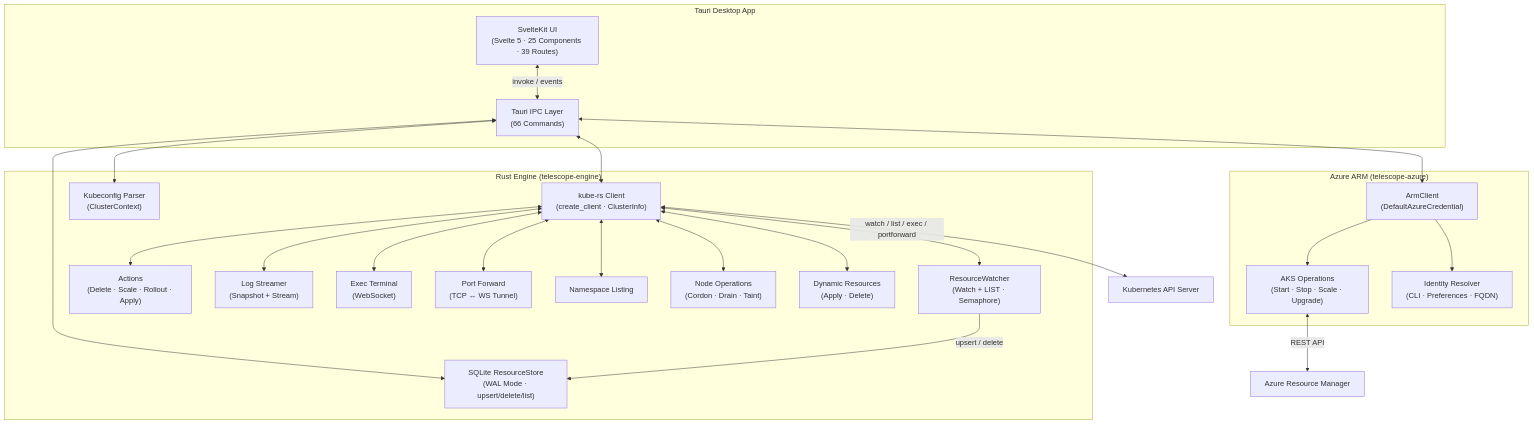
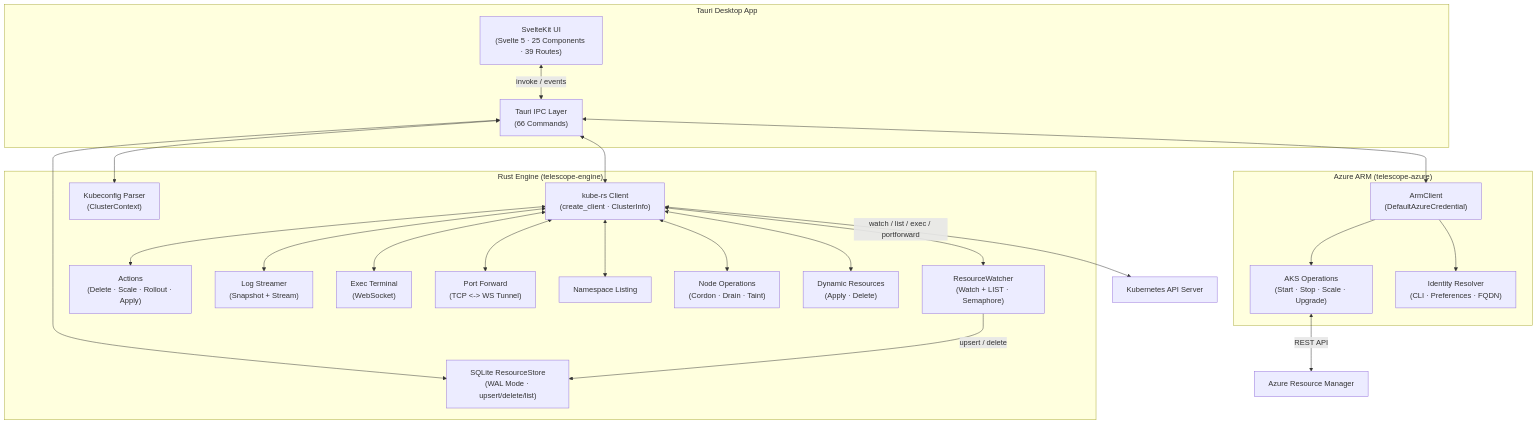
Before and after one commit to adamdost-0/Telescope: the first of 5 diagrams in docs/ARCHITECTURE.md, drawn with Mermaid. The commit also changed other lines of this file and 111 other files, not shown here.

First line of the commit message:
feat: update PRD and ROADMAP with milestone statuses and future plans

````diff
--- a/docs/ARCHITECTURE.md
+++ b/docs/ARCHITECTURE.md
@@ -24,46 +24,46 @@
 ```mermaid
 graph TB
     subgraph Desktop["Tauri Desktop App"]
         UI["SvelteKit UI<br/>(Svelte 5 · 25 Components · 39 Routes)"]
         IPC["Tauri IPC Layer<br/>(66 Commands)"]
     end
     subgraph Engine["Rust Engine (telescope-engine)"]
         Client["kube-rs Client<br/>(create_client · ClusterInfo)"]
         Watcher["ResourceWatcher<br/>(Watch + LIST · Semaphore)"]
         Store["SQLite ResourceStore<br/>(WAL Mode · upsert/delete/list)"]
         Actions["Actions<br/>(Delete · Scale · Rollout · Apply)"]
         Logs["Log Streamer<br/>(Snapshot + Stream)"]
         Exec["Exec Terminal<br/>(WebSocket)"]
-        PF["Port Forward<br/>(TCP ↔ WS Tunnel)"]
+        PF["Port Forward<br/>(TCP <-> WS Tunnel)"]
         NS["Namespace Listing"]
         KC["Kubeconfig Parser<br/>(ClusterContext)"]
         NodeOps["Node Operations<br/>(Cordon · Drain · Taint)"]
         Dynamic["Dynamic Resources<br/>(Apply · Delete)"]
     end
     subgraph Azure["Azure ARM (telescope-azure)"]
         ArmClient["ArmClient<br/>(DefaultAzureCredential)"]
         AKS["AKS Operations<br/>(Start · Stop · Scale · Upgrade)"]
         Resolve["Identity Resolver<br/>(CLI · Preferences · FQDN)"]
     end
     K8s["Kubernetes API Server"]
     ARM["Azure Resource Manager"]
 
     UI <-->|"invoke / events"| IPC
     IPC <--> Client
     IPC <--> Store
     IPC <--> KC
     IPC <--> ArmClient
     Client <--> Watcher
     Watcher -->|"upsert / delete"| Store
     Client <--> Actions
     Client <--> Logs
     Client <--> Exec
     Client <--> PF
     Client <--> NS
     Client <--> NodeOps
     Client <--> Dynamic
     Client <-->|"watch / list / exec / portforward"| K8s
     ArmClient --> AKS
     ArmClient --> Resolve
     AKS <-->|"REST API"| ARM
 ```
````
